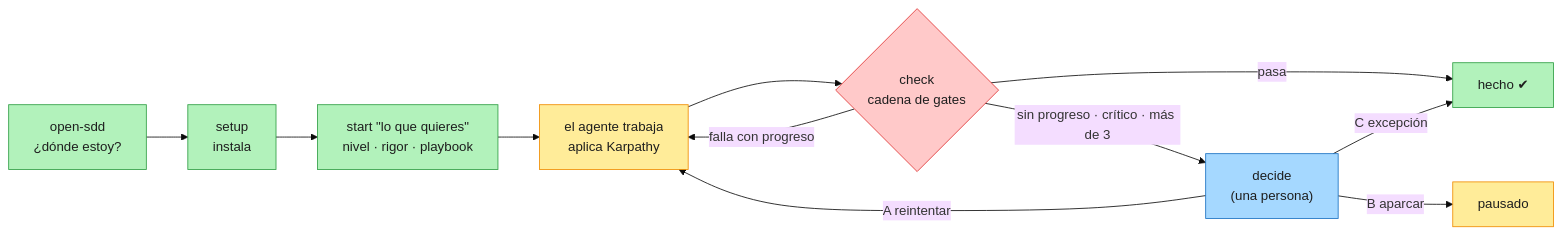
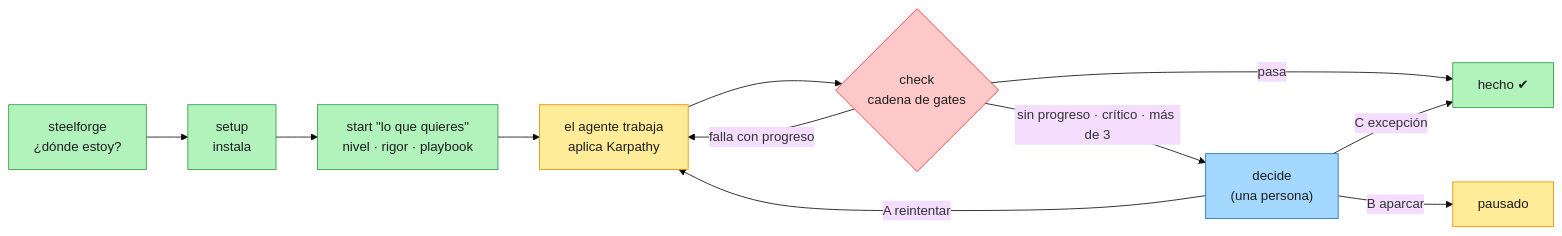
Before and after one commit to Brujo2020/OpenSDD: the first of 5 diagrams in docs/GUIA.md, drawn with Mermaid (base theme). The commit also changed other lines of this file and 467 other files, not shown here.

````diff
--- a/docs/GUIA.md
+++ b/docs/GUIA.md
@@ -10,17 +10,17 @@
 ```mermaid
 flowchart LR
-  D["open-sdd<br/>¿dónde estoy?"]:::auto --> S["setup<br/>instala"]:::auto
+  D["steelforge<br/>¿dónde estoy?"]:::auto --> S["setup<br/>instala"]:::auto
   S --> T["start &quot;lo que quieres&quot;<br/>nivel · rigor · playbook"]:::auto
   T --> W["el agente trabaja<br/>aplica Karpathy"]:::advisory
   W --> C{"check<br/>cadena de gates"}:::block
   C -- pasa --> OK["hecho ✔"]:::auto
   C -- "falla con progreso" --> W
   C -- "sin progreso · crítico · más de 3" --> H["decide<br/>(una persona)"]:::human
   H -- "A reintentar" --> W
   H -- "B aparcar" --> P["pausado"]:::advisory
   H -- "C excepción" --> OK
   classDef auto fill:#b2f2bb,stroke:#2f9e44,color:#1e1e1e
   classDef advisory fill:#ffec99,stroke:#f08c00,color:#1e1e1e
   classDef block fill:#ffc9c9,stroke:#e03131,color:#1e1e1e
   classDef human fill:#a5d8ff,stroke:#1971c2,color:#1e1e1e
 ```
````
